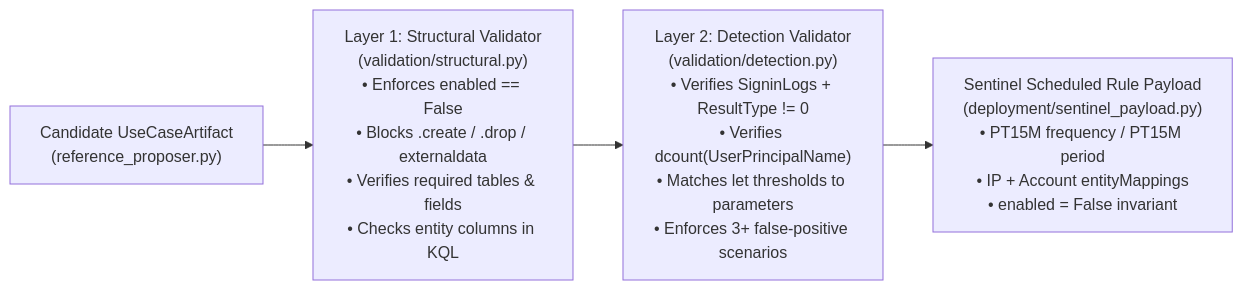
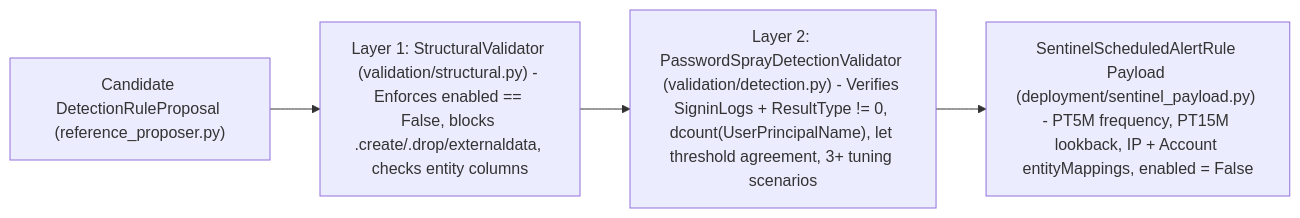
One commit to 86sunbot/portfolio changed the second of 2 diagrams in sentinel.md. Above: the diagram before and after it, drawn with Mermaid. The commit also changed other lines of this file and 6 other files, not shown here.

Commit message:
docs: align flagship KQL/workflow snippets with fde-lab v1 code, fix links/anchors and Mermaid labels, clarify original sample lesson

````diff
--- a/sentinel.md
+++ b/sentinel.md
@@ -33,6 +33,6 @@
 ```mermaid
 flowchart LR
-    A["Candidate UseCaseArtifact<br/>(reference_proposer.py)"] --> B["Layer 1: Structural Validator<br/>(validation/structural.py)<br/>• Enforces enabled == False<br/>• Blocks .create / .drop / externaldata<br/>• Verifies required tables & fields<br/>• Checks entity columns in KQL"]
-    B --> C["Layer 2: Detection Validator<br/>(validation/detection.py)<br/>• Verifies SigninLogs + ResultType != 0<br/>• Verifies dcount(UserPrincipalName)<br/>• Matches let thresholds to parameters<br/>• Enforces 3+ false-positive scenarios"]
-    C --> D["Sentinel Scheduled Rule Payload<br/>(deployment/sentinel_payload.py)<br/>• PT15M frequency / PT15M period<br/>• IP + Account entityMappings<br/>• enabled = False invariant"]
+    A["Candidate DetectionRuleProposal (reference_proposer.py)"] --> B["Layer 1: StructuralValidator (validation/structural.py) - Enforces enabled == False, blocks .create/.drop/externaldata, checks entity columns"]
+    B --> C["Layer 2: PasswordSprayDetectionValidator (validation/detection.py) - Verifies SigninLogs + ResultType != 0, dcount(UserPrincipalName), let threshold agreement, 3+ tuning scenarios"]
+    C --> D["SentinelScheduledAlertRule Payload (deployment/sentinel_payload.py) - PT5M frequency, PT15M lookback, IP + Account entityMappings, enabled = False"]
 ```
````
